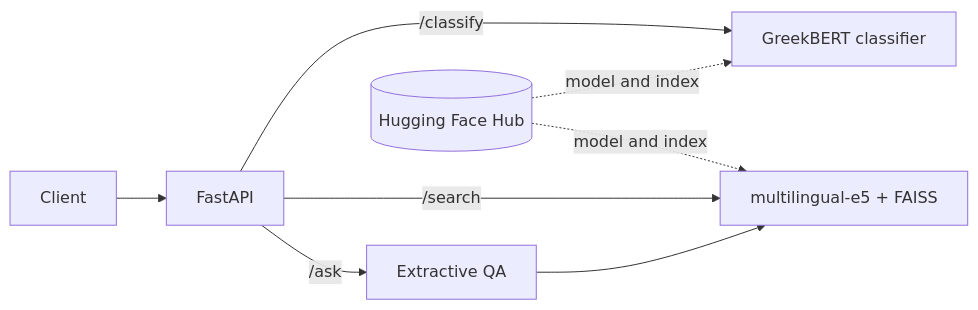
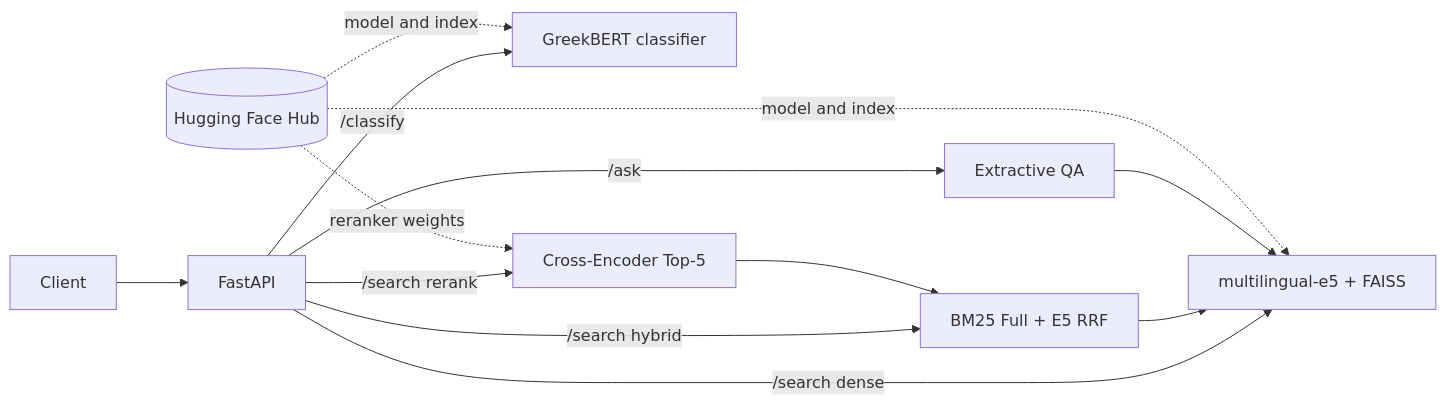
Before and after one commit to P-Tilemachos/Greek-News-NLP-API: the diagram in README.md, drawn with Mermaid. The commit also changed other lines of this file and 7 other files, not shown here.

Commit message:
feat: integrate cross-encoder reranking into FastAPI

````diff
--- a/README.md
+++ b/README.md
@@ -9,10 +9,15 @@
 ```mermaid
 flowchart LR
     Client --> API[FastAPI]
     API -->|/classify| CLF[GreekBERT classifier]
-    API -->|/search| RET[multilingual-e5 + FAISS]
+    API -->|/search dense| RET[multilingual-e5 + FAISS]
+    API -->|/search hybrid| HYB[BM25 Full + E5 RRF]
+    API -->|/search rerank| CE[Cross-Encoder Top-5]
+    CE --> HYB
+    HYB --> RET
     API -->|/ask| QA[Extractive QA]
     QA --> RET
     HUB[(Hugging Face Hub)] -. model and index .-> CLF
     HUB -. model and index .-> RET
+    HUB -. reranker weights .-> CE
 ```
````
